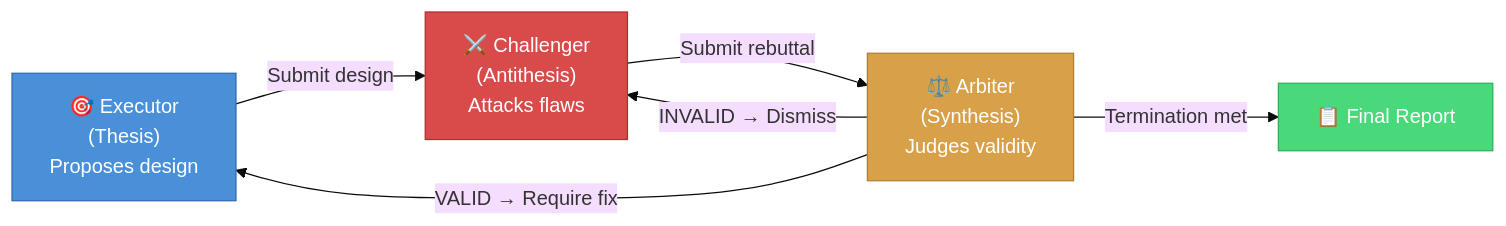
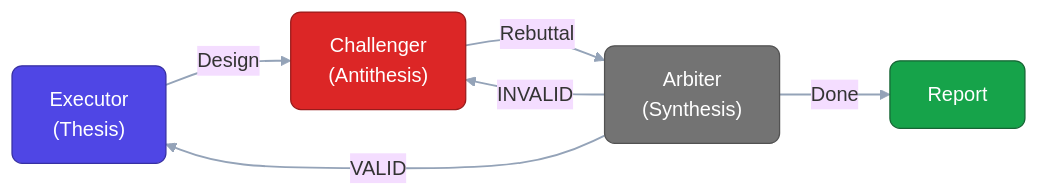
Before and after one commit to cho1124/multi-agent-adversarial-verification: the first of 2 diagrams in README.en.md, drawn with Mermaid (base theme). The commit also changed other lines of this file and 1 other file, not shown here.

````diff
--- a/README.en.md
+++ b/README.en.md
@@ -18,13 +18,18 @@
 ```mermaid
 flowchart LR
-    E["🎯 Executor<br/>(Thesis)<br/>Proposes design"] -->|"Submit design"| C["⚔️ Challenger<br/>(Antithesis)<br/>Attacks flaws"]
-    C -->|"Submit rebuttal"| A["⚖️ Arbiter<br/>(Synthesis)<br/>Judges validity"]
-    A -->|"VALID → Require fix"| E
-    A -->|"INVALID → Dismiss"| C
-    A -->|"Termination met"| R["📋 Final Report"]
+    E["Executor
+(Thesis)"] -- Design --> C["Challenger
+(Antithesis)"]
+    C -- Rebuttal --> A["Arbiter
+(Synthesis)"]
+    A -- "VALID" --> E
+    A -- "INVALID" --> C
+    A -- "Done" --> R["Report"]
 
-    style E fill:#4A90D9,stroke:#2E6AB0,color:#fff
-    style C fill:#D94A4A,stroke:#B02E2E,color:#fff
-    style A fill:#D9A04A,stroke:#B07E2E,color:#fff
-    style R fill:#4AD97A,stroke:#2EB05A,color:#fff
+    style E fill:#4f46e5,stroke:#3730a3,color:#fff,rx:8
+    style C fill:#dc2626,stroke:#991b1b,color:#fff,rx:8
+    style A fill:#737373,stroke:#525252,color:#fff,rx:8
+    style R fill:#16a34a,stroke:#166534,color:#fff,rx:8
+
+    linkStyle default stroke:#94a3b8,stroke-width:1.5px
 ```
````
